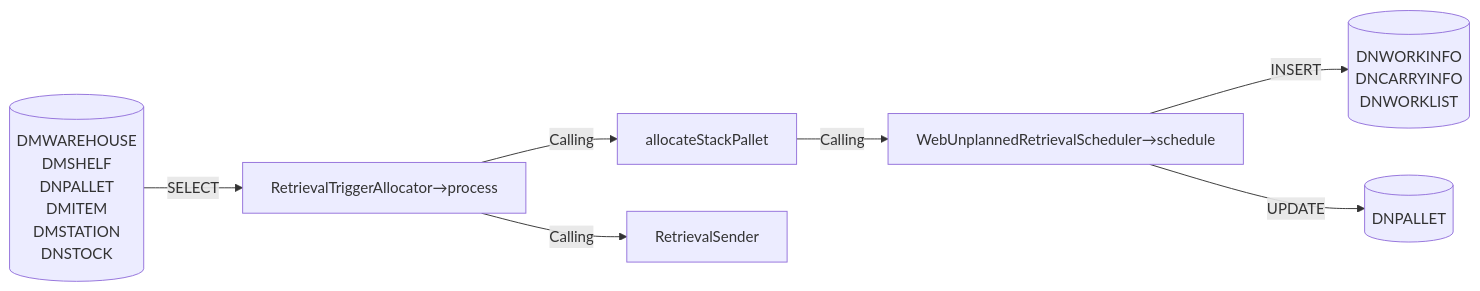
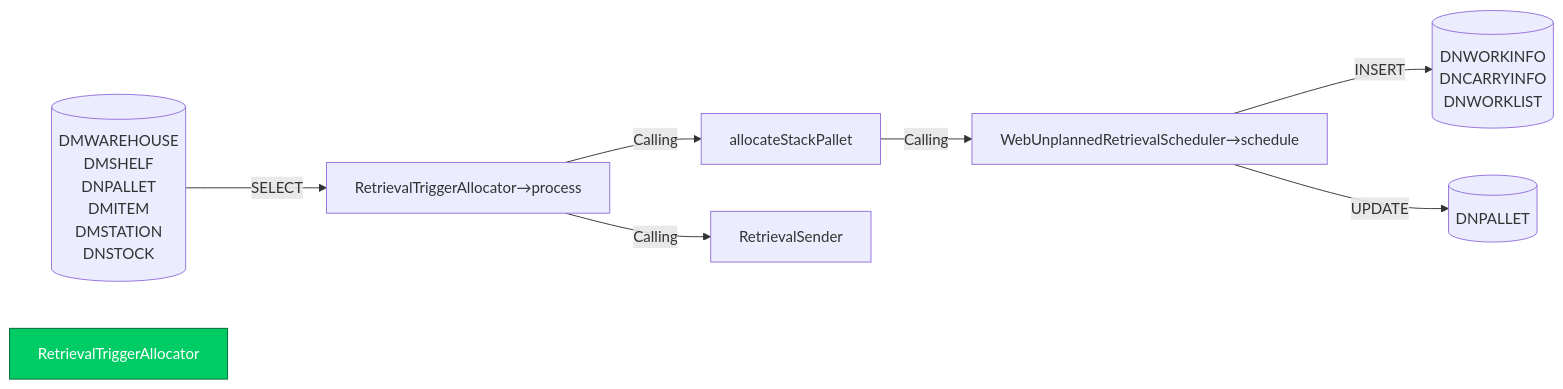
One commit to luthfiadityaa/SimeDarby-Wiki changed the ninth of 15 diagrams in Basic-Design/DFD-WMS/Retrieval/Stacked-Empty-Pallet.md. Above: the diagram before and after it, drawn with Mermaid.

Commit message:
Updated Stacked Empty Pallet

```diff
--- a/Basic-Design/DFD-WMS/Retrieval/Stacked-Empty-Pallet.md
+++ b/Basic-Design/DFD-WMS/Retrieval/Stacked-Empty-Pallet.md
@@ -235,33 +235,38 @@
 ::: mermaid
 flowchart LR    
 
     tableList-insert[("
         DNWORKINFO
         DNCARRYINFO
         DNWORKLIST
     ")]
 
    tableList-update[("
         DNPALLET
     ")]
 
      tableList-select[("
         DMWAREHOUSE
         DMSHELF
         DNPALLET
         DMITEM
         DMSTATION
         DNSTOCK
     ")]
 
     className[RetrievalTriggerAllocator→process]
     className3[allocateStackPallet]
     className2[WebUnplannedRetrievalScheduler→schedule]
     className--> |Calling| className3 --> |Calling| className2
     className--> |Calling| P1[RetrievalSender]
     className2 --> |INSERT| tableList-insert
     className2 --> |UPDATE| tableList-update
     tableList-select --> |SELECT| className
+
+    click RetrievalTriggerAllocator "https://dev.azure.com/Daifuku-SW/ID_SimeDarbyPlantation/_wiki/wikis/ID_SimeDarbyPlantation.wiki/956/Stacked-Empty-Pallet?anchor=retrieval-trigger-allocator" "Go to Retrieval Trigger Allocator"
+    style RetrievalTriggerAllocator fill:#00cc66,stroke:#006633,color:#ffffff
+
+
     classDef leftAlign text-align:left;
     class input leftAlign;
 :::
```
